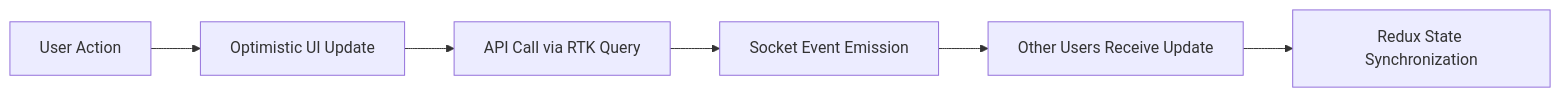
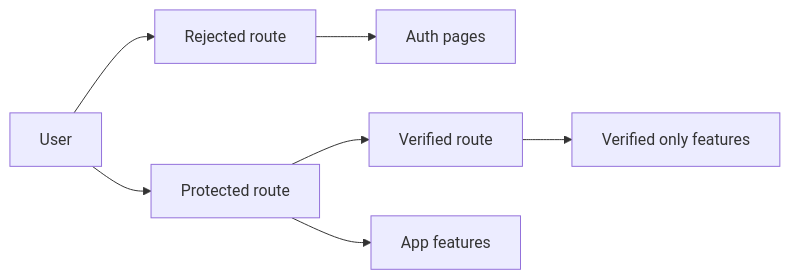
One commit to Congglee/trellone-app changed the second of 5 diagrams in .kilocode/rules/memory-bank/architecture.md. Above: the diagram before and after it, drawn with Mermaid. The commit also changed other lines of this file and 40 other files, not shown here.

Commit message:
refactor: standardize RTK Query mutation handling and update project documentation

````diff
--- a/.kilocode/rules/memory-bank/architecture.md
+++ b/.kilocode/rules/memory-bank/architecture.md
@@ -262,8 +69,9 @@
 ```mermaid
 graph LR
-    A[User Action] --> B[Optimistic UI Update]
-    B --> C[API Call via RTK Query]
-    C --> D[Socket Event Emission]
-    D --> E[Other Users Receive Update]
-    E --> F[Redux State Synchronization]
+    U[User] --> A[Rejected route]
+    U --> B[Protected route]
+    B --> C[Verified route]
+    A --> D[Auth pages]
+    B --> E[App features]
+    C --> F[Verified only features]
 ```
````
